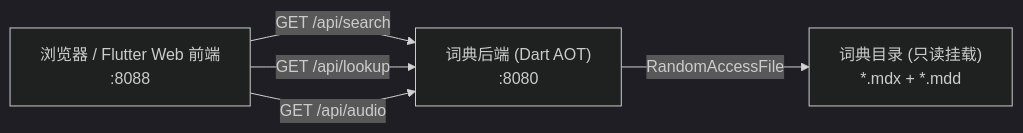
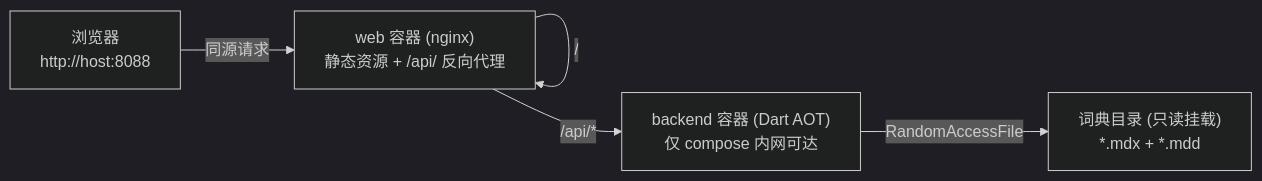
One commit to fIappy/dict changed the diagram in docs/WEB_DEPLOYMENT.md. Above: the diagram before and after it, drawn with Mermaid (dark theme). The commit also changed other lines of this file and 4 other files, not shown here.

First line of the commit message:
refactor(web): 前后端整合为单一入口（nginx 托管静态 + 反向代理 /api）

````diff
--- a/docs/WEB_DEPLOYMENT.md
+++ b/docs/WEB_DEPLOYMENT.md
@@ -31,11 +40,12 @@
 ```mermaid
 graph LR
-    B["浏览器 / Flutter Web 前端<br/>:8088"]
-    S["词典后端 (Dart AOT)<br/>:8080"]
+    B["浏览器<br/>http://host:8088"]
+    W["web 容器 (nginx)<br/>静态资源 + /api/ 反向代理"]
+    S["backend 容器 (Dart AOT)<br/>仅 compose 内网可达"]
     D["词典目录 (只读挂载)<br/>*.mdx + *.mdd"]
 
-    B -- "GET /api/search" --> S
-    B -- "GET /api/lookup" --> S
-    B -- "GET /api/audio" --> S
+    B -- "同源请求" --> W
+    W -- "/ " --> W
+    W -- "/api/*" --> S
     S -- "RandomAccessFile" --> D
 ```
````
